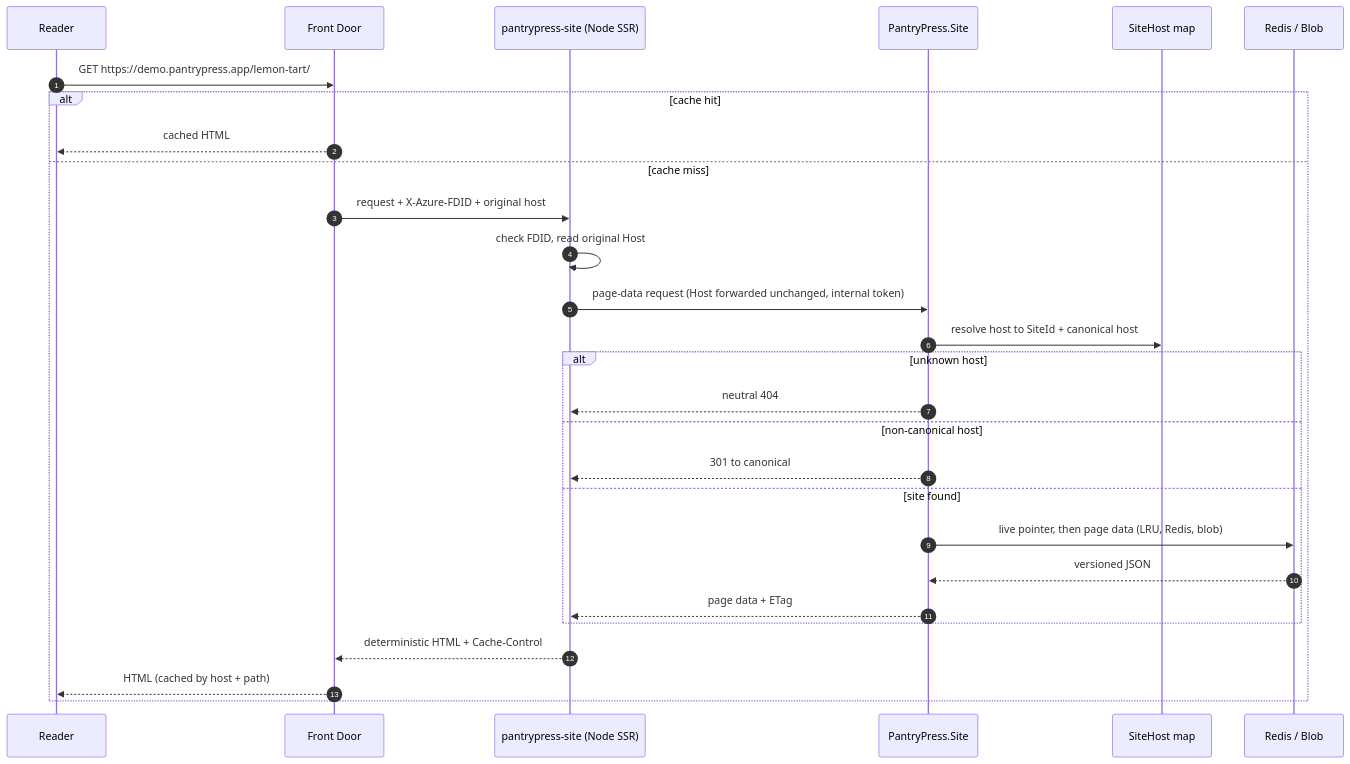
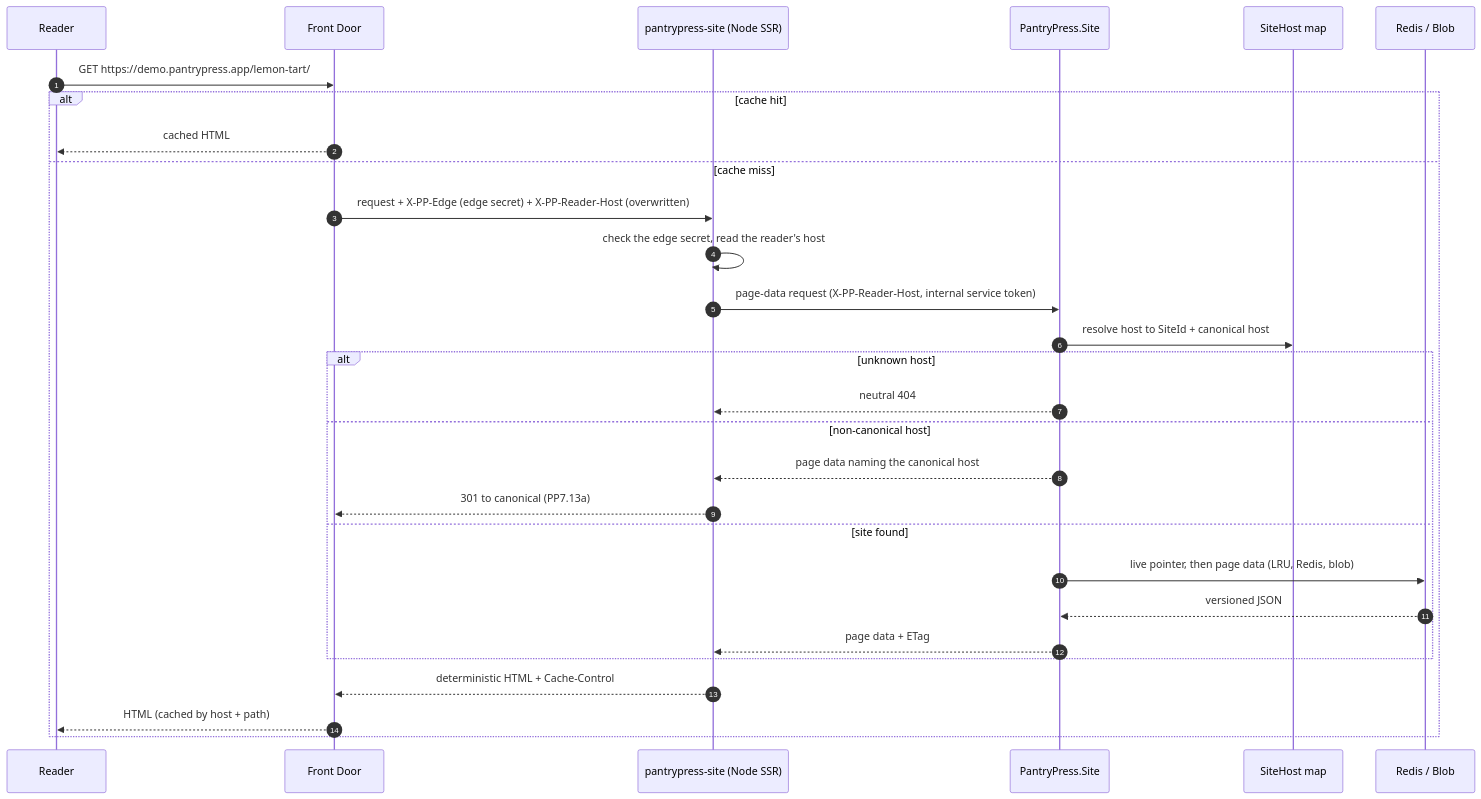
The fifth of 12 diagrams in docs/architecture/architecture.md (Architect4Hire/PantryPress), drawn with Mermaid before and after one commit. The commit also changed other lines of this file and 74 other files, not shown here.

````diff
--- a/docs/architecture/architecture.md
+++ b/docs/architecture/architecture.md
@@ -289,31 +289,32 @@
 ```mermaid
 sequenceDiagram
     autonumber
     participant R as Reader
     participant FD as Front Door
     participant N as pantrypress-site (Node SSR)
     participant S as PantryPress.Site
     participant H as SiteHost map
     participant C as Redis / Blob
 
     R->>FD: GET https://demo.pantrypress.app/lemon-tart/
     alt cache hit
         FD-->>R: cached HTML
     else cache miss
-        FD->>N: request + X-Azure-FDID + original host
-        N->>N: check FDID, read original Host
-        N->>S: page-data request (Host forwarded unchanged, internal token)
+        FD->>N: request + X-PP-Edge (edge secret) + X-PP-Reader-Host (overwritten)
+        N->>N: check the edge secret, read the reader's host
+        N->>S: page-data request (X-PP-Reader-Host, internal service token)
         S->>H: resolve host to SiteId + canonical host
         alt unknown host
             S-->>N: neutral 404
         else non-canonical host
-            S-->>N: 301 to canonical
+            S-->>N: page data naming the canonical host
+            N-->>FD: 301 to canonical (PP7.13a)
         else site found
             S->>C: live pointer, then page data (LRU, Redis, blob)
             C-->>S: versioned JSON
             S-->>N: page data + ETag
         end
         N-->>FD: deterministic HTML + Cache-Control
         FD-->>R: HTML (cached by host + path)
     end
 ```
````
